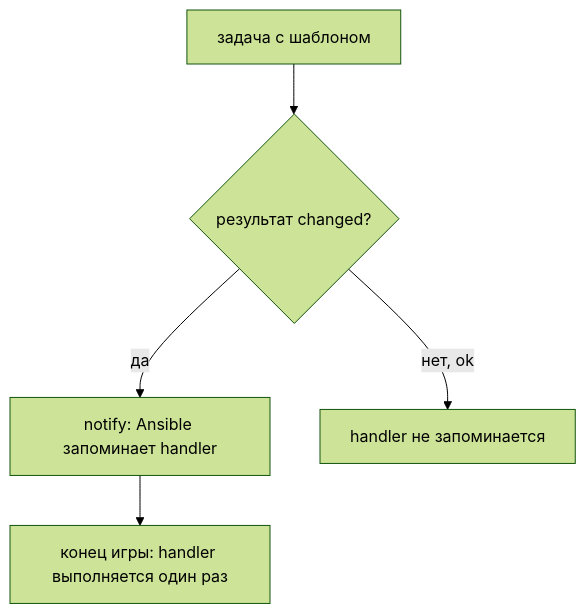
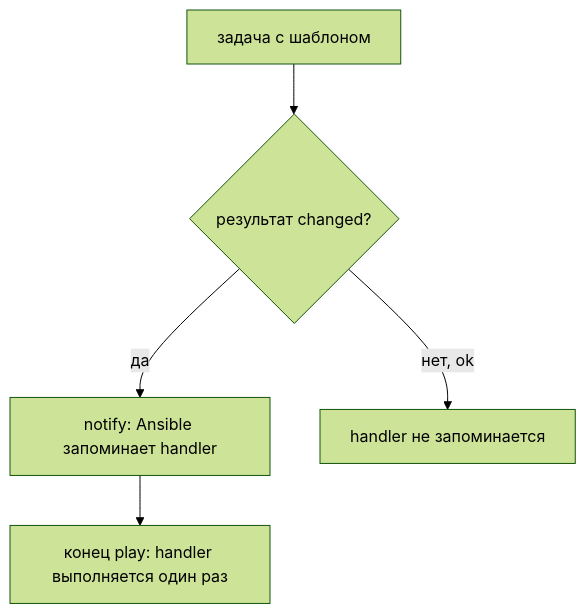
One commit to distinguished-sre/learning changed the third of 4 diagrams in devops/07-iac/05-ansible-playbooks.md. Above: the diagram before and after it, drawn with Mermaid (forest theme). The commit also changed other lines of this file and 462 other files, not shown here.

````diff
--- a/devops/07-iac/05-ansible-playbooks.md
+++ b/devops/07-iac/05-ansible-playbooks.md
@@ -262,7 +247,7 @@
 ```mermaid
 flowchart TD
     A["задача с шаблоном"] --> Q{"результат changed?"}
     Q -->|"да"| N["notify: Ansible запоминает handler"]
     Q -->|"нет, ok"| X["handler не запоминается"]
-    N --> E["конец игры: handler выполняется один раз"]
+    N --> E["конец play: handler выполняется один раз"]
 ```
````
